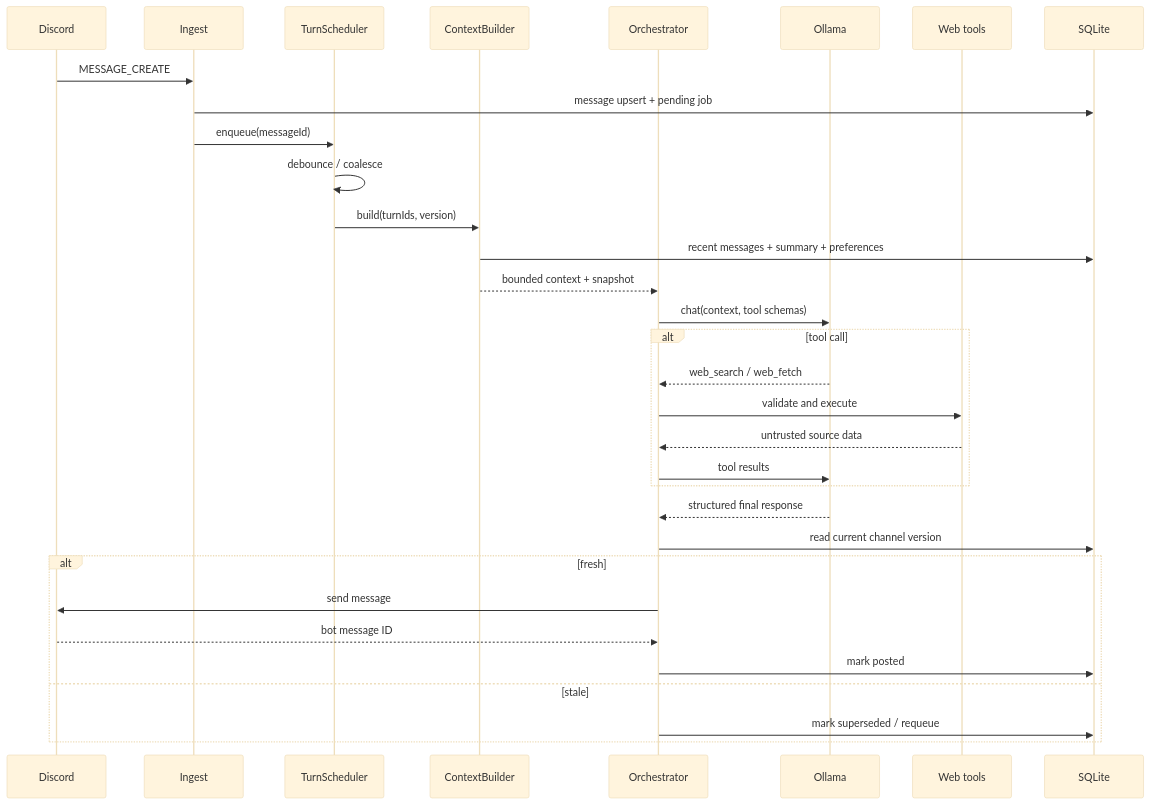
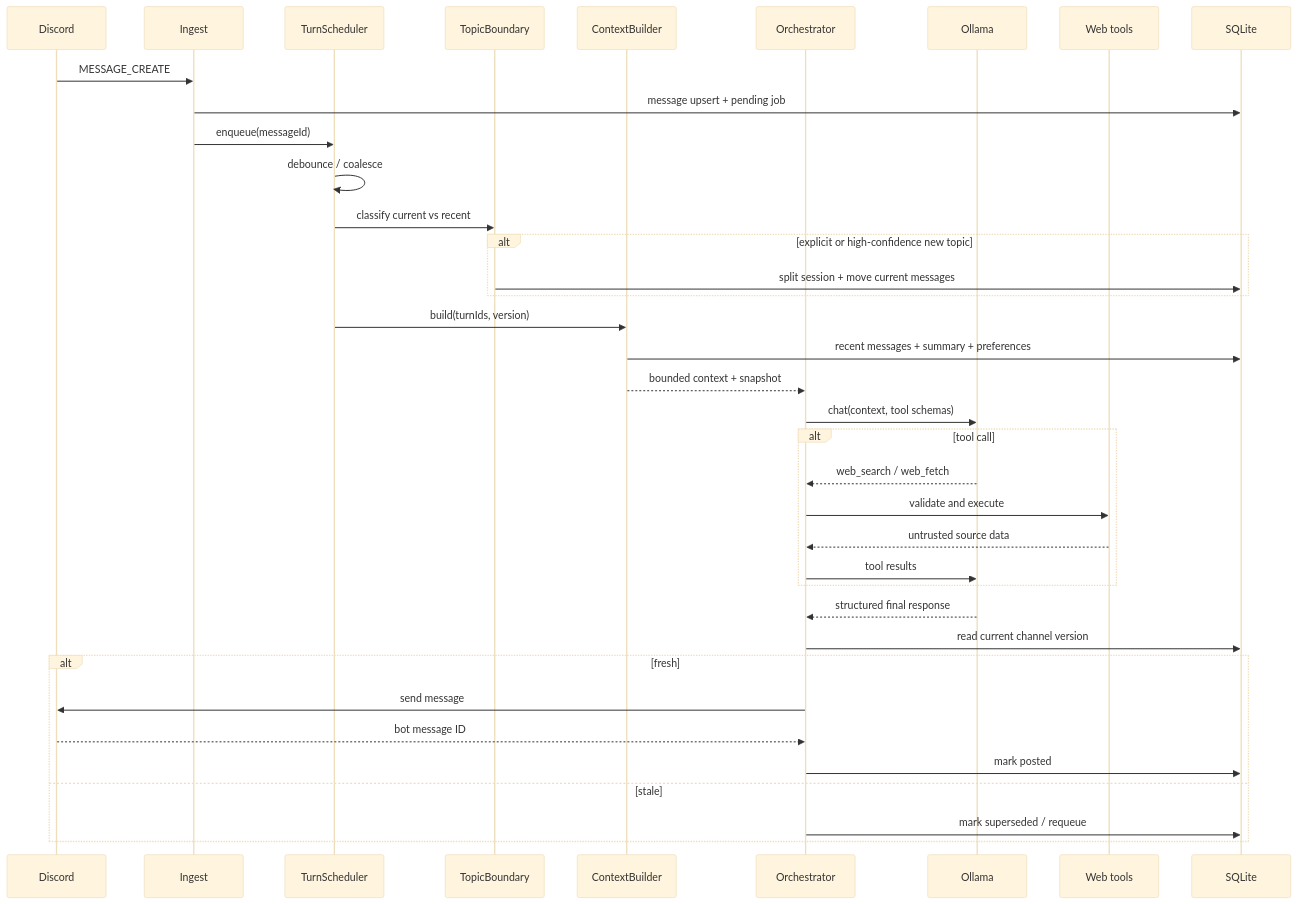
The second of 2 diagrams in .docs/03-architecture.md (natuki53/Discord-AI-Chat), drawn with Mermaid (base theme) before and after one commit. The commit also changed other lines of this file and 22 other files, not shown here.

````diff
--- a/.docs/03-architecture.md
+++ b/.docs/03-architecture.md
@@ -362,35 +367,40 @@
 ```mermaid
 sequenceDiagram
     participant D as Discord
     participant I as Ingest
     participant Q as TurnScheduler
+    participant B as TopicBoundary
     participant C as ContextBuilder
     participant O as Orchestrator
     participant L as Ollama
     participant W as Web tools
     participant S as SQLite
 
     D->>I: MESSAGE_CREATE
     I->>S: message upsert + pending job
     I->>Q: enqueue(messageId)
     Q->>Q: debounce / coalesce
+    Q->>B: classify current vs recent
+    alt explicit or high-confidence new topic
+        B->>S: split session + move current messages
+    end
     Q->>C: build(turnIds, version)
     C->>S: recent messages + summary + preferences
     C-->>O: bounded context + snapshot
     O->>L: chat(context, tool schemas)
     alt tool call
         L-->>O: web_search / web_fetch
         O->>W: validate and execute
         W-->>O: untrusted source data
         O->>L: tool results
     end
     L-->>O: structured final response
     O->>S: read current channel version
     alt fresh
         O->>D: send message
         D-->>O: bot message ID
         O->>S: mark posted
     else stale
         O->>S: mark superseded / requeue
     end
 ```
````
